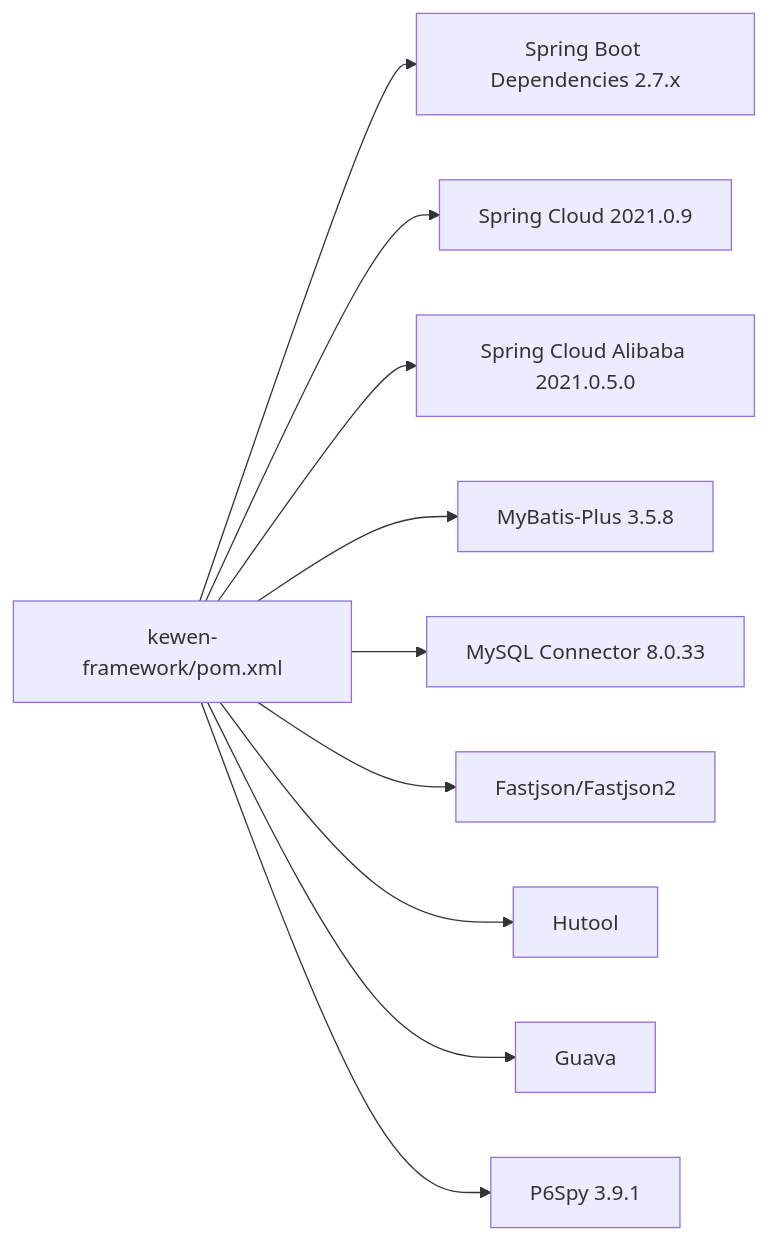
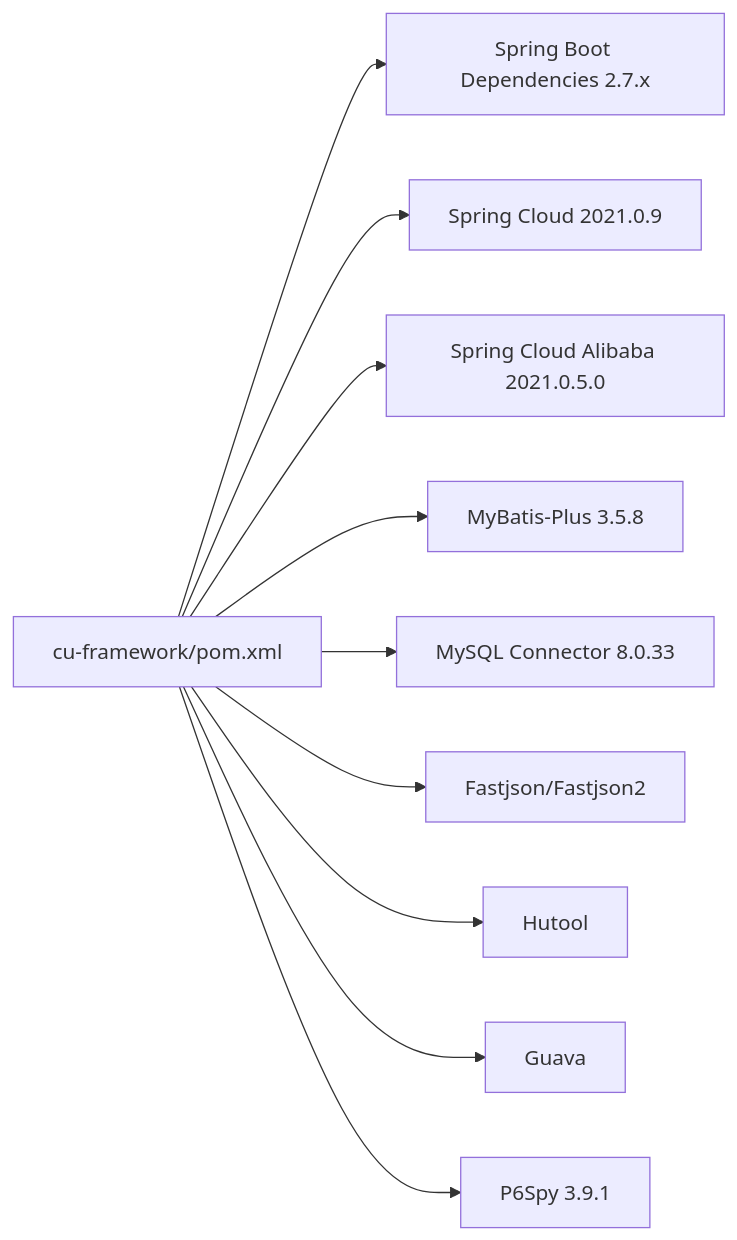
Before and after one commit to LiukewenSC/kewen-framework: the sixth of 6 diagrams in .qoder/repowiki/zh/content/项目概述.md, drawn with Mermaid. The commit also changed other lines of this file and 764 other files, not shown here.

````diff
--- a/.qoder/repowiki/zh/content/项目概述.md
+++ b/.qoder/repowiki/zh/content/项目概述.md
@@ -252,12 +252,12 @@
 ```mermaid
 graph LR
-root_pom["kewen-framework/pom.xml"] --> sbom["Spring Boot Dependencies 2.7.x"]
+root_pom["cu-framework/pom.xml"] --> sbom["Spring Boot Dependencies 2.7.x"]
 root_pom --> sc["Spring Cloud 2021.0.9"]
 root_pom --> sca["Spring Cloud Alibaba 2021.0.5.0"]
 root_pom --> mbp["MyBatis-Plus 3.5.8"]
 root_pom --> mysql["MySQL Connector 8.0.33"]
 root_pom --> fastjson["Fastjson/Fastjson2"]
 root_pom --> hutool["Hutool"]
 root_pom --> guava["Guava"]
 root_pom --> p6spy["P6Spy 3.9.1"]
 ```
````
